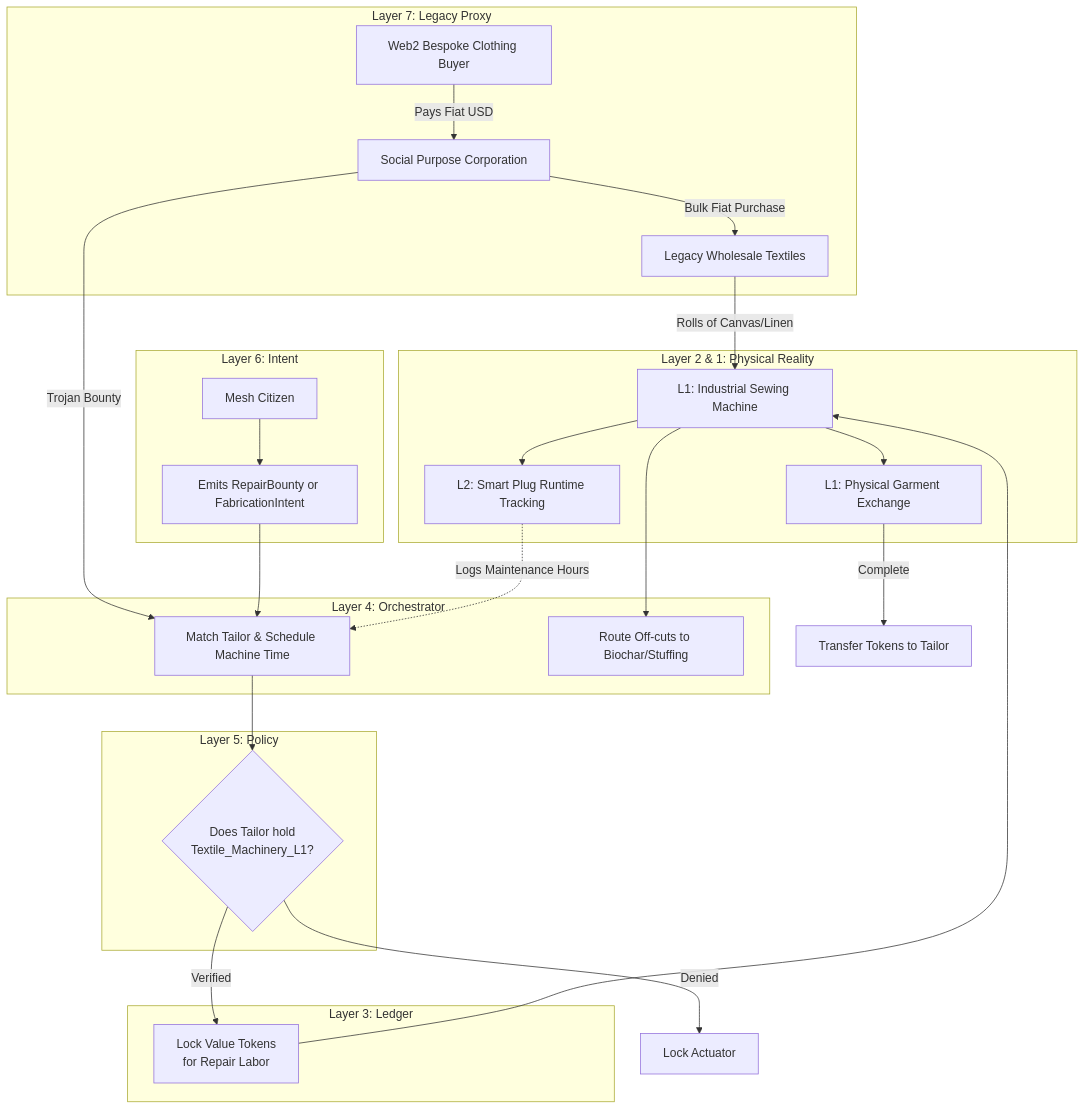
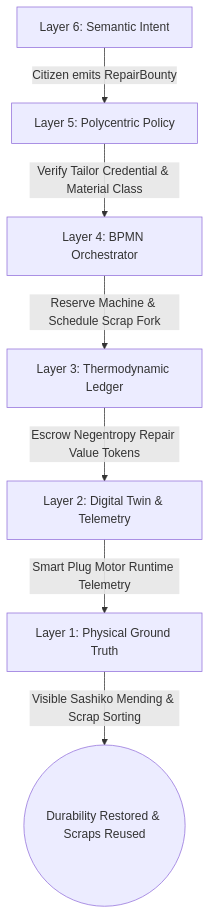
The first of 4 diagrams in docs/scenarios/nu_fashion.md (raffaine/collective), drawn with Mermaid before and after one commit. The commit also changed other lines of this file and 62 other files, not shown here.

First line of the commit message:
feat(sprint-1): Oasis V4 WebGPU Engine & Sovereign Stack V2 Architecture

````diff
--- a/docs/scenarios/nu_fashion.md
+++ b/docs/scenarios/nu_fashion.md
@@ -45,54 +37,9 @@
 ```mermaid
 graph TD
-    subgraph Layer 7: Legacy Proxy
-        FabricSupplier[Legacy Wholesale Textiles]
-        LegacyBuyer[Web2 Bespoke Clothing Buyer]
-        SPC[Social Purpose Corporation]
-    end
-
-    subgraph Layer 6: Intent
-        Citizen[Mesh Citizen]
-        Intent[Emits RepairBounty or FabricationIntent]
-    end
-
-    subgraph Layer 5: Policy
-        CredCheck{Does Tailor hold <br> Textile_Machinery_L1?}
-    end
-
-    subgraph Layer 4: Orchestrator
-        BPMN[Match Tailor & Schedule Machine Time]
-        ScrapRoute[Route Off-cuts to Biochar/Stuffing]
-    end
-
-    subgraph Layer 3: Ledger
-        Escrow[Lock Value Tokens <br> for Repair Labor]
-    end
-
-    subgraph Layer 2 & 1: Physical Reality
-        Machine[L1: Industrial Sewing Machine]
-        Telemetry[L2: Smart Plug Runtime Tracking]
-        Handoff[L1: Physical Garment Exchange]
-    end
-
-    %% Legacy Flow
-    SPC -->|Bulk Fiat Purchase| FabricSupplier
-    FabricSupplier -->|Rolls of Canvas/Linen| Machine
-    LegacyBuyer -->|Pays Fiat USD| SPC
-    SPC -->|Trojan Bounty| BPMN
-
-    %% Sovereign Flow
-    Citizen --> Intent
-    Intent --> BPMN
-    BPMN --> CredCheck
-    
-    CredCheck -->|Verified| Escrow
-    CredCheck -->|Denied| Reject[Lock Actuator]
-    
-    Escrow --> Machine
-    Machine --> Telemetry
-    Telemetry -.->|Logs Maintenance Hours| BPMN
-    
-    Machine --> ScrapRoute
-    Machine --> Handoff
-    Handoff -->|Complete| Transfer[Transfer Tokens to Tailor]
+    L6[Layer 6: Semantic Intent] -->|Citizen emits RepairBounty| L5[Layer 5: Polycentric Policy]
+    L5 -->|Verify Tailor Credential & Material Class| L4[Layer 4: BPMN Orchestrator]
+    L4 -->|Reserve Machine & Schedule Scrap Fork| L3[Layer 3: Thermodynamic Ledger]
+    L3 -->|Escrow Negentropy Repair Value Tokens| L2[Layer 2: Digital Twin & Telemetry]
+    L2 -->|Smart Plug Motor Runtime Telemetry| L1[Layer 1: Physical Ground Truth]
+    L1 -->|Visible Sashiko Mending & Scrap Sorting| End((Durability Restored & Scraps Reused))
 ```
````
